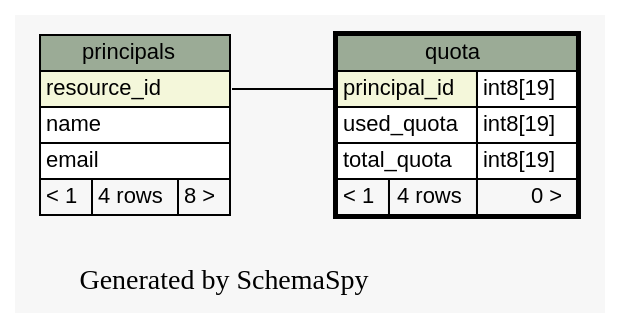
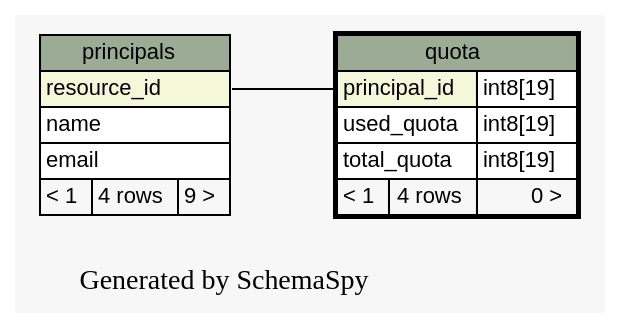
Before and after one commit to tolsen/limestone: the diagram in limestone/doc/schemaSpy/graphs/quota.1degree.dot, drawn with Graphviz. The commit also changed 151 other files, not shown here.

Commit message:
update schemaspy

```diff
--- a/limestone/doc/schemaSpy/graphs/quota.1degree.dot
+++ b/limestone/doc/schemaSpy/graphs/quota.1degree.dot
@@ -1,42 +1,42 @@
-// dot 2.16.1 on Linux 2.6.24-1-amd64
+// dot 2.20.2 on Linux 2.6.25-2-amd64
 digraph "oneDegreeRelationshipsGraph" {
   graph [
     rankdir="RL"
     bgcolor="#f7f7f7"
     label="\nGenerated by SchemaSpy"
     labeljust="l"
   ];
   node [
     fontname="Helvetica"
     fontsize="11"
     shape="plaintext"
   ];
   edge [
     arrowsize="0.8"
   ];
   "quota":"principal_id":w -> "principals":"resource_id":e [arrowtail=tee arrowhead=none];
   "principals" [
     label=<
     <TABLE BORDER="0" CELLBORDER="1" CELLSPACING="0" BGCOLOR="#ffffff">
       <TR><TD PORT="principals.heading" COLSPAN="3" BGCOLOR="#9bab96" ALIGN="CENTER">principals</TD></TR>
       <TR><TD PORT="resource_id" COLSPAN="3" BGCOLOR="#f4f7da" ALIGN="LEFT">resource_id</TD></TR>
       <TR><TD PORT="name" COLSPAN="3" ALIGN="LEFT">name</TD></TR>
       <TR><TD PORT="email" COLSPAN="3" ALIGN="LEFT">email</TD></TR>
-      <TR><TD ALIGN="LEFT" BGCOLOR="#f7f7f7">&lt; 1</TD><TD ALIGN="RIGHT" BGCOLOR="#f7f7f7">4 rows</TD><TD ALIGN="RIGHT" BGCOLOR="#f7f7f7">8 &gt;</TD></TR>
+      <TR><TD ALIGN="LEFT" BGCOLOR="#f7f7f7">&lt; 1</TD><TD ALIGN="RIGHT" BGCOLOR="#f7f7f7">4 rows</TD><TD ALIGN="RIGHT" BGCOLOR="#f7f7f7">9 &gt;</TD></TR>
     </TABLE>>
     URL="principals.html#graph"
     tooltip="principals"
   ];
   "quota" [
     label=<
     <TABLE BORDER="2" CELLBORDER="1" CELLSPACING="0" BGCOLOR="#ffffff">
       <TR><TD PORT="quota.heading" COLSPAN="3" BGCOLOR="#9bab96" ALIGN="CENTER">quota</TD></TR>
       <TR><TD PORT="principal_id" COLSPAN="2" BGCOLOR="#f4f7da" ALIGN="LEFT">principal_id</TD><TD PORT="principal_id.type" ALIGN="LEFT">int8[19]</TD></TR>
       <TR><TD PORT="used_quota" COLSPAN="2" ALIGN="LEFT">used_quota</TD><TD PORT="used_quota.type" ALIGN="LEFT">int8[19]</TD></TR>
       <TR><TD PORT="total_quota" COLSPAN="2" ALIGN="LEFT">total_quota</TD><TD PORT="total_quota.type" ALIGN="LEFT">int8[19]</TD></TR>
       <TR><TD ALIGN="LEFT" BGCOLOR="#f7f7f7">&lt; 1</TD><TD ALIGN="RIGHT" BGCOLOR="#f7f7f7">4 rows</TD><TD ALIGN="RIGHT" BGCOLOR="#f7f7f7">0 &gt;</TD></TR>
     </TABLE>>
     URL="quota.html#"
     tooltip="quota"
   ];
 }
```
